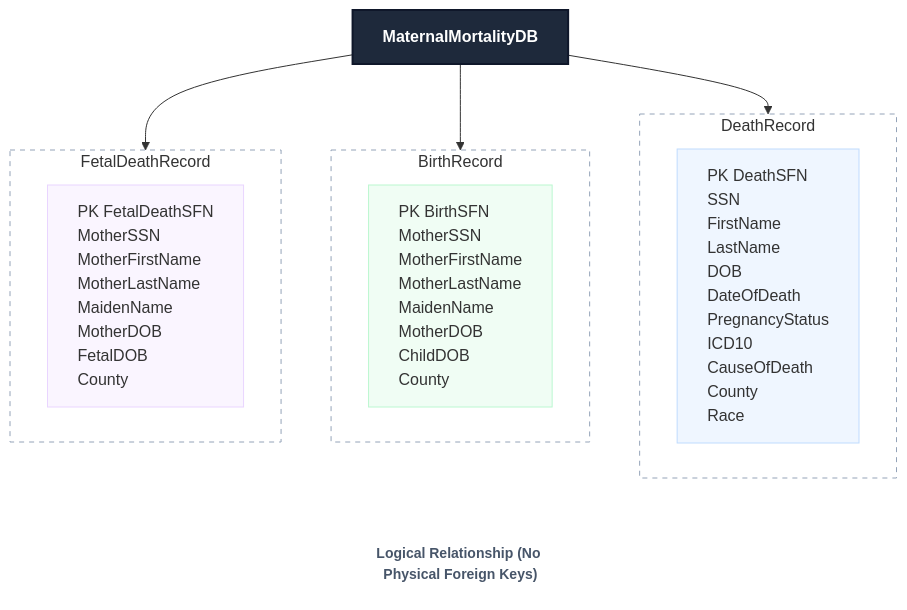
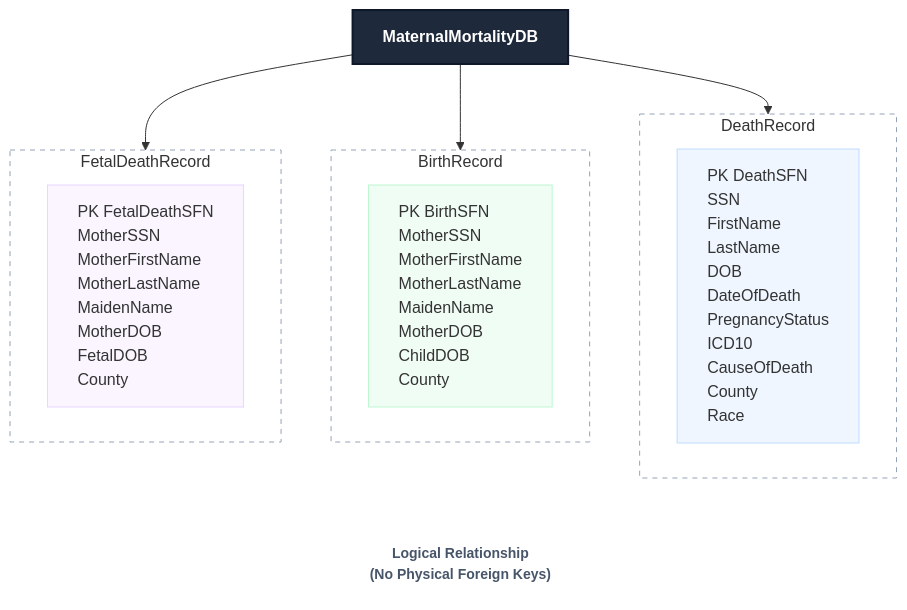
One commit to lxj8244-alt/Georgia-Public-Health-Analytics changed the first of 2 diagrams in Maternal-Mortality-Case-Identification/README.md. Above: the diagram before and after it, drawn with Mermaid.

````diff
--- a/Maternal-Mortality-Case-Identification/README.md
+++ b/Maternal-Mortality-Case-Identification/README.md
@@ -79,45 +79,45 @@
 ```mermaid
 flowchart TD
     %% 최상단 루트 노드
     DB["MaternalMortalityDB"]
 
     %% 세 갈래 분기 처리
     DB --> DeathRecord
     DB --> BirthRecord
     DB --> FetalDeathRecord
 
     %% DeathRecord 테이블
     subgraph DeathRecord ["DeathRecord"]
         D_Fields["PK DeathSFN<br>SSN<br>FirstName<br>LastName<br>DOB<br>DateOfDeath<br>PregnancyStatus<br>ICD10<br>CauseOfDeath<br>County<br>Race"]
     end
 
     %% BirthRecord 테이블
     subgraph BirthRecord ["BirthRecord"]
         B_Fields["PK BirthSFN<br>MotherSSN<br>MotherFirstName<br>MotherLastName<br>MaidenName<br>MotherDOB<br>ChildDOB<br>County"]
     end
 
     %% FetalDeathRecord 테이블
     subgraph FetalDeathRecord ["FetalDeathRecord"]
         F_Fields["PK FetalDeathSFN<br>MotherSSN<br>MotherFirstName<br>MotherLastName<br>MaidenName<br>MotherDOB<br>FetalDOB<br>County"]
     end
 
     %% 하단 설명문 (테두리와 배경 없는 투명 텍스트로 처리)
-    Note["Logical Relationship (No Physical Foreign Keys)"]
+    Note["Logical Relationship<br>(No Physical Foreign Keys)"]
     
     %% 가상의 선을 연결하되 선은 안 보이게 처리하여 하단 중앙에 배치
     BirthRecord ~~~ Note
 
     %% 상단 DB 타이틀 및 하단 설명문 스타일링
     style DB fill:#1e293b,stroke:#0f172a,stroke-width:2px,color:#fff,font-weight:bold
     style Note fill:none,stroke:none,color:#475569,font-weight:bold,font-size:14px
     
     %% 각 박스 스타일링 (배경색 및 테두리 색상 지정)
     style D_Fields fill:#eff6ff,stroke:#bfdbfe,stroke-width:1px,text-align:left
     style B_Fields fill:#f0fdf4,stroke:#bbf7d0,stroke-width:1px,text-align:left
     style F_Fields fill:#faf5ff,stroke:#e9d5ff,stroke-width:1px,text-align:left
 
     %% 서브그래프 테두리 연하게 처리
     style DeathRecord fill:none,stroke:#94a3b8,stroke-dasharray: 5 5
     style BirthRecord fill:none,stroke:#94a3b8,stroke-dasharray: 5 5
     style FetalDeathRecord fill:none,stroke:#94a3b8,stroke-dasharray: 5 5
 ```
````
